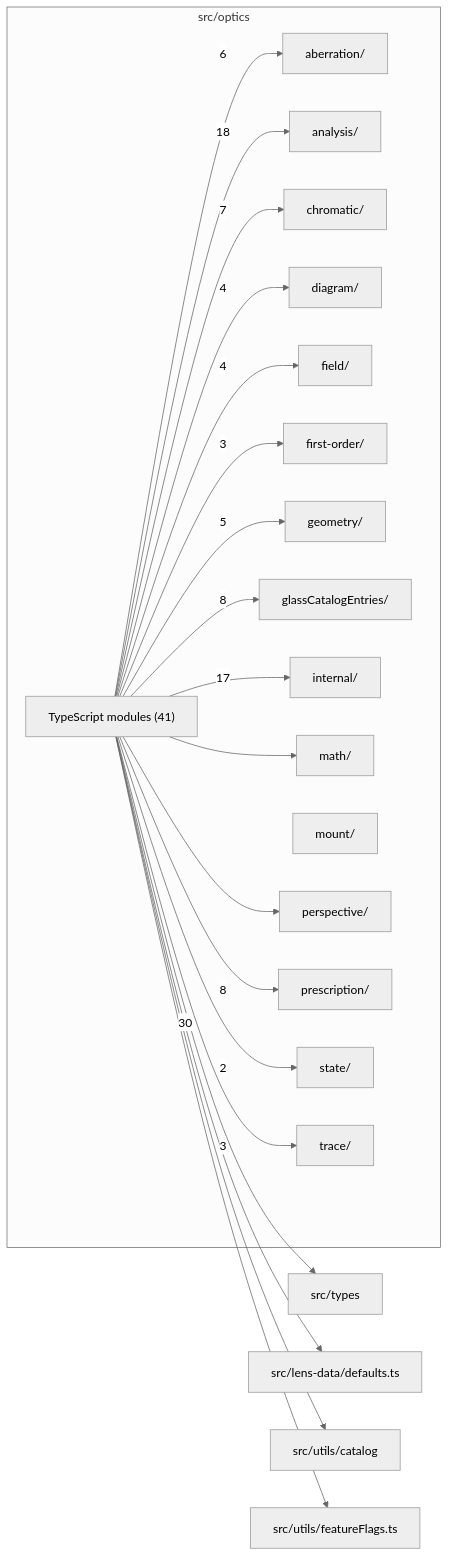
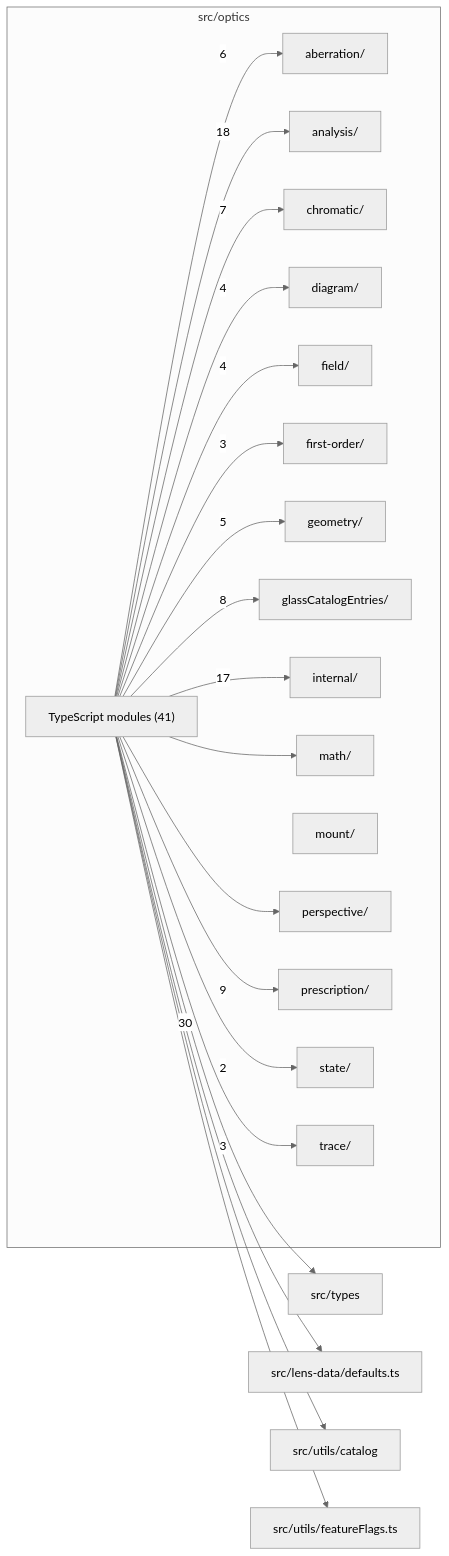
One commit to BeamFour/LensVisualizer changed the diagram in src/optics/readme.md. Above: the diagram before and after it, drawn with Mermaid (neutral theme). The commit also changed other lines of this file and 23 other files, not shown here.

````diff
--- a/src/optics/readme.md
+++ b/src/optics/readme.md
@@ -9,43 +9,43 @@
 ```mermaid
 flowchart LR
   subgraph n_src_optics["src/optics"]
     n_src_optics_src_optics_aberration["aberration/"]
     n_src_optics_src_optics_analysis["analysis/"]
     n_src_optics_src_optics_chromatic["chromatic/"]
     n_src_optics_src_optics_diagram["diagram/"]
     n_src_optics_src_optics_field["field/"]
     n_src_optics_src_optics_first_order["first-order/"]
     n_src_optics_src_optics_geometry["geometry/"]
     n_src_optics_src_optics_glassCatalogEntries["glassCatalogEntries/"]
     n_src_optics_src_optics_internal["internal/"]
     n_src_optics_src_optics_math["math/"]
     n_src_optics_src_optics_mount["mount/"]
     n_src_optics_src_optics_perspective["perspective/"]
     n_src_optics_src_optics_prescription["prescription/"]
     n_src_optics_src_optics_state["state/"]
     n_src_optics_src_optics_trace["trace/"]
     n_src_optics_TypeScript_modules["TypeScript modules (41)"]
   end
   n_external_src_types["src/types"]
   n_external_src_lens_data_defaults_ts["src/lens-data/defaults.ts"]
   n_external_src_utils_catalog["src/utils/catalog"]
   n_external_src_utils_featureFlags_ts["src/utils/featureFlags.ts"]
   n_src_optics_TypeScript_modules --> |30| n_external_src_types
   n_src_optics_TypeScript_modules --> |18| n_src_optics_src_optics_analysis
   n_src_optics_TypeScript_modules --> |17| n_src_optics_src_optics_internal
+  n_src_optics_TypeScript_modules --> |9| n_src_optics_src_optics_prescription
   n_src_optics_TypeScript_modules --> |8| n_src_optics_src_optics_glassCatalogEntries
-  n_src_optics_TypeScript_modules --> |8| n_src_optics_src_optics_prescription
   n_src_optics_TypeScript_modules --> |7| n_src_optics_src_optics_chromatic
   n_src_optics_TypeScript_modules --> |6| n_src_optics_src_optics_aberration
   n_src_optics_TypeScript_modules --> |5| n_src_optics_src_optics_geometry
   n_src_optics_TypeScript_modules --> |4| n_src_optics_src_optics_diagram
   n_src_optics_TypeScript_modules --> |4| n_src_optics_src_optics_field
   n_src_optics_TypeScript_modules --> |3| n_src_optics_src_optics_first_order
   n_src_optics_TypeScript_modules --> |3| n_src_optics_src_optics_trace
   n_src_optics_TypeScript_modules --> |2| n_src_optics_src_optics_state
   n_src_optics_TypeScript_modules --> n_external_src_lens_data_defaults_ts
   n_src_optics_TypeScript_modules --> n_external_src_utils_catalog
   n_src_optics_TypeScript_modules --> n_external_src_utils_featureFlags_ts
   n_src_optics_TypeScript_modules --> n_src_optics_src_optics_math
   n_src_optics_TypeScript_modules --> n_src_optics_src_optics_perspective
 ```
````
